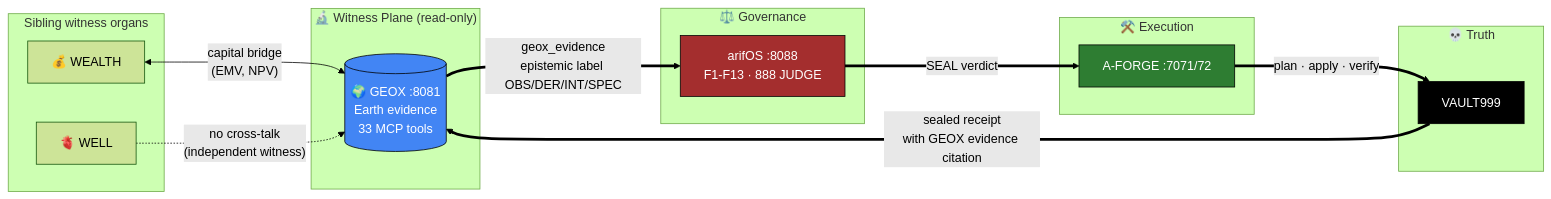
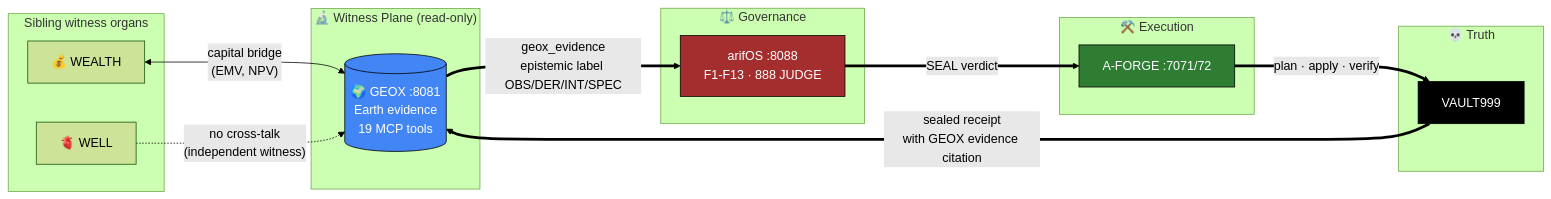
One commit to ariffazil/GEOX changed the third of 3 diagrams in README.md. Above: the diagram before and after it, drawn with Mermaid (forest theme). The commit also changed other lines of this file and 8 other files, not shown here.

````diff
--- a/README.md
+++ b/README.md
@@ -122,40 +122,40 @@
 ```mermaid
 flowchart LR
   subgraph Witness["🔬 Witness Plane (read-only)"]
-    GEOX[("🌍 GEOX :8081<br/>Earth evidence<br/>33 MCP tools")]
+    GEOX[("🌍 GEOX :8081<br/>Earth evidence<br/>19 MCP tools")]
   end
 
   subgraph Governance["⚖️ Governance"]
     ARIFOS["arifOS :8088<br/>F1-F13 · 888 JUDGE"]
   end
 
   subgraph Execution["⚒️ Execution"]
     AFORGE["A-FORGE :7071/72"]
   end
 
   subgraph Truth["💀 Truth"]
     VAULT["VAULT999"]
   end
 
   subgraph Sibling["Sibling witness organs"]
     WEALTH["💰 WEALTH"]
     WELL["🫀 WELL"]
   end
 
   GEOX ==>|geox_evidence<br/>epistemic label OBS/DER/INT/SPEC| ARIFOS
   WEALTH <-->|"capital bridge<br/>(EMV, NPV)"| GEOX
   WELL -.->|"no cross-talk<br/>(independent witness)"| GEOX
 
   ARIFOS ==>|"SEAL verdict"| AFORGE
   AFORGE ==>|"plan · apply · verify"| VAULT
   VAULT ==>|"sealed receipt<br/>with GEOX evidence citation"| GEOX
 
   classDef witness fill:#4285F4,stroke:#000,color:#fff
   classDef governance fill:#A42E2E,stroke:#000,color:#fff
   classDef execution fill:#2E7D32,stroke:#000,color:#fff
   classDef truth fill:#000,stroke:#000,color:#fff
   class GEOX witness
   class ARIFOS governance
   class AFORGE execution
   class VAULT truth
 ```
````
